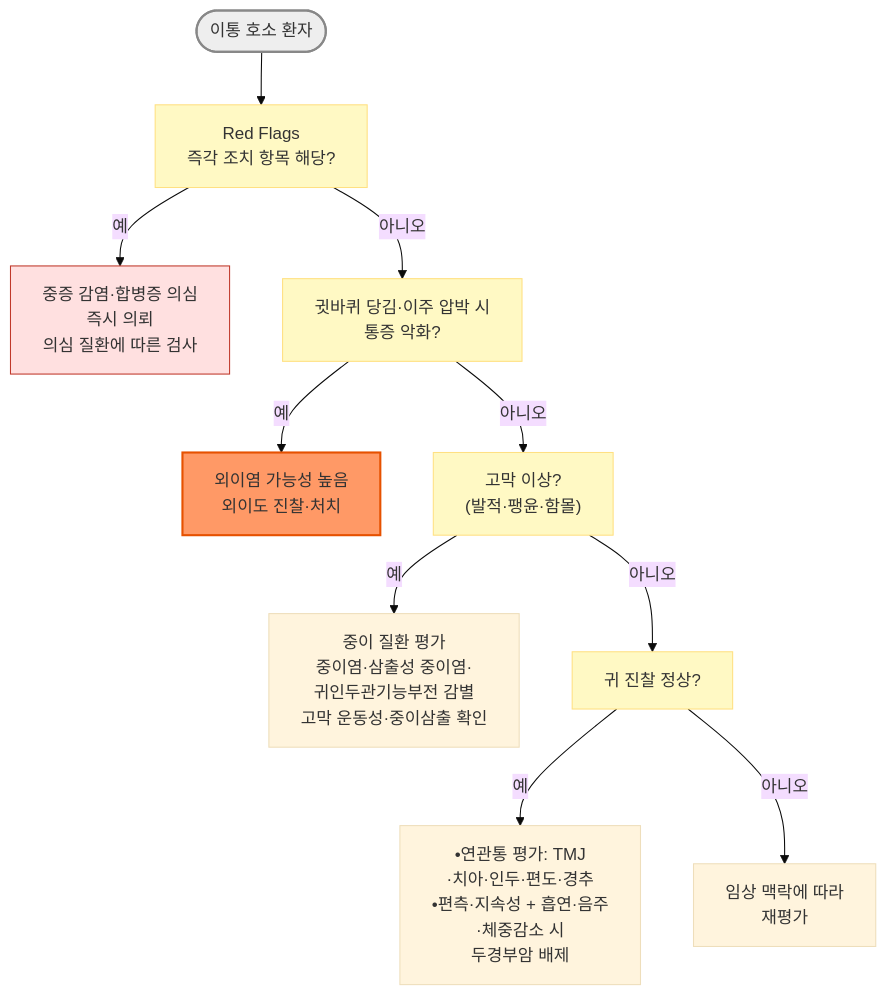
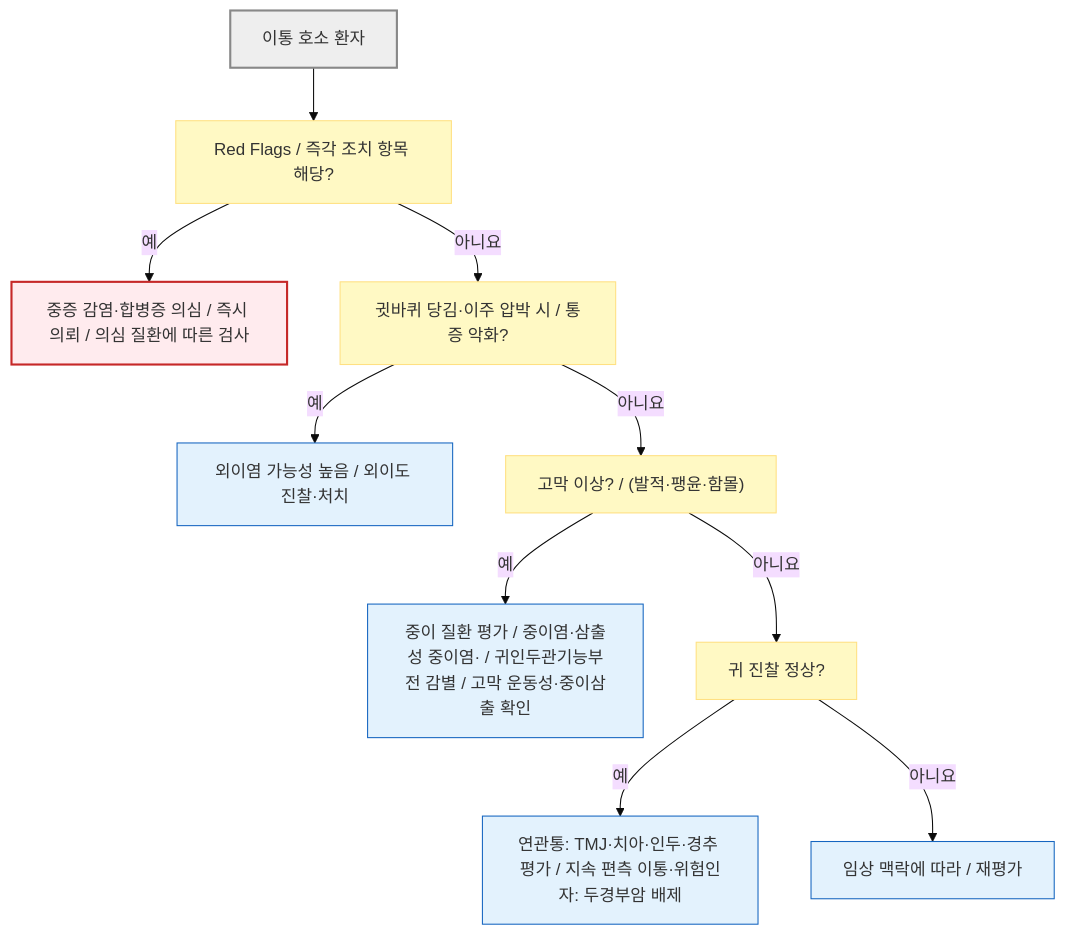
The first of 2 diagrams in 222_/047_-otitis-externa.md (familyoh77/familyoh77), drawn with Mermaid (base theme) before and after one commit. The commit also changed other lines of this file and 13 other files, not shown here.

````diff
--- a/222_/047_-otitis-externa.md
+++ b/222_/047_-otitis-externa.md
@@ -108,17 +108,20 @@
 ```mermaid
-graph TD
-    S(["이통 호소 환자"]) --> RF["Red Flags <br/>즉각 조치 항목 해당?"]
-    RF -- "예" --> NOE["중증 감염·합병증 의심<br/>즉시 의뢰<br/>의심 질환에 따른 검사"]
-    RF -- "아니오" --> Q1["귓바퀴 당김·이주 압박 시<br/>통증 악화?"]
-    Q1 -- "예" --> OE["외이염 가능성 높음<br/>외이도 진찰·처치"]
-    Q1 -- "아니오" --> Q2["고막 이상?<br/>(발적·팽윤·함몰)"]
-    Q2 -- "예" --> OM["중이 질환 평가<br/>중이염·삼출성 중이염·<br/>귀인두관기능부전 감별<br/>고막 운동성·중이삼출 확인"]
-    Q2 -- "아니오" --> Q3["귀 진찰 정상?"]
-    Q3 -- "예" --> REF["•연관통 평가: TMJ<br/>·치아·인두·편도·경추<br/>•편측·지속성 + 흡연·음주<br/>·체중감소 시 <br/>두경부암 배제"]
-    Q3 -- "아니오" --> EVAL["임상 맥락에 따라 <br/>재평가"]
-    style S fill:#eeeeee,stroke:#888888,stroke-width:2px
-    classDef y fill:#fff9c4,stroke:#ffe082
-    class RF,Q1,Q2,Q3 y
-    style NOE fill:#ffe0e0,stroke:#c0392b
-    style OE fill:#f96,stroke:#e65100,stroke-width:2px
+flowchart TD
+    S["이통 호소 환자"] --> RF["Red Flags / 즉각 조치 항목 해당?"]
+    RF -- "예" --> NOE["중증 감염·합병증 의심 / 즉시 의뢰 / 의심 질환에 따른 검사"]
+    RF -- "아니요" --> Q1["귓바퀴 당김·이주 압박 시 / 통증 악화?"]
+    Q1 -- "예" --> OE["외이염 가능성 높음 / 외이도 진찰·처치"]
+    Q1 -- "아니요" --> Q2["고막 이상? / (발적·팽윤·함몰)"]
+    Q2 -- "예" --> OM["중이 질환 평가 / 중이염·삼출성 중이염· / 귀인두관기능부전 감별 / 고막 운동성·중이삼출 확인"]
+    Q2 -- "아니요" --> Q3["귀 진찰 정상?"]
+    Q3 -- "예" --> REF["연관통: TMJ·치아·인두·경추 평가 / 지속 편측 이통·위험인자: 두경부암 배제"]
+    Q3 -- "아니요" --> EVAL["임상 맥락에 따라 / 재평가"]
+    classDef start fill:#eee,stroke:#888,stroke-width:2px
+    classDef decision fill:#fff9c4,stroke:#ffe082
+    classDef urgent fill:#ffebee,stroke:#c62828,stroke-width:2px
+    classDef action fill:#e3f2fd,stroke:#1565c0
+    class S start
+    class RF,Q1,Q2,Q3 decision
+    class NOE urgent
+    class OE,OM,REF,EVAL action
 ```
````
